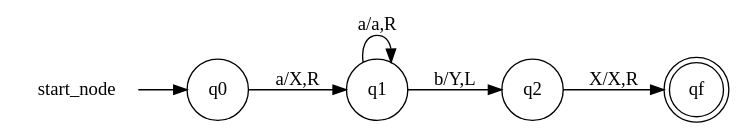
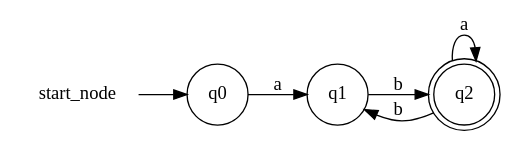
One commit to Alberto3001/Autoflow changed the diagram in automata.dot. Above: the diagram before and after it, drawn with Graphviz. The commit also changed 5 other files, not shown here.

```diff
--- a/automata.dot
+++ b/automata.dot
@@ -1,13 +1,12 @@
 digraph "Automata automata" {
     rankdir=LR; // Dirección del grafo: de izquierda a derecha
-    "q2" [label="q2", shape=circle];
     "q1" [label="q1", shape=circle];
-    "qf" [label="qf", shape=doublecircle];
+    "q2" [label="q2", shape=doublecircle];
     "q0" [label="q0", shape=circle];
     node [shape=none, width=0, height=0]; start_node;
     start_node -> "q0";
-    "q0" -> "q1" [label="a/X,R"];
-    "q1" -> "q1" [label="a/a,R"];
-    "q1" -> "q2" [label="b/Y,L"];
-    "q2" -> "qf" [label="X/X,R"];
+    "q0" -> "q1" [label="a"];
+    "q1" -> "q2" [label="b"];
+    "q2" -> "q2" [label="a"];
+    "q2" -> "q1" [label="b"];
 }
```
